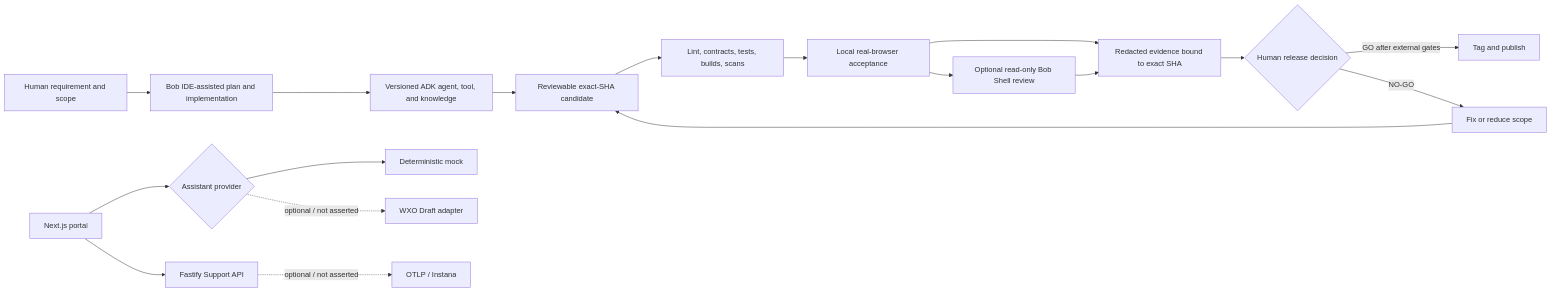
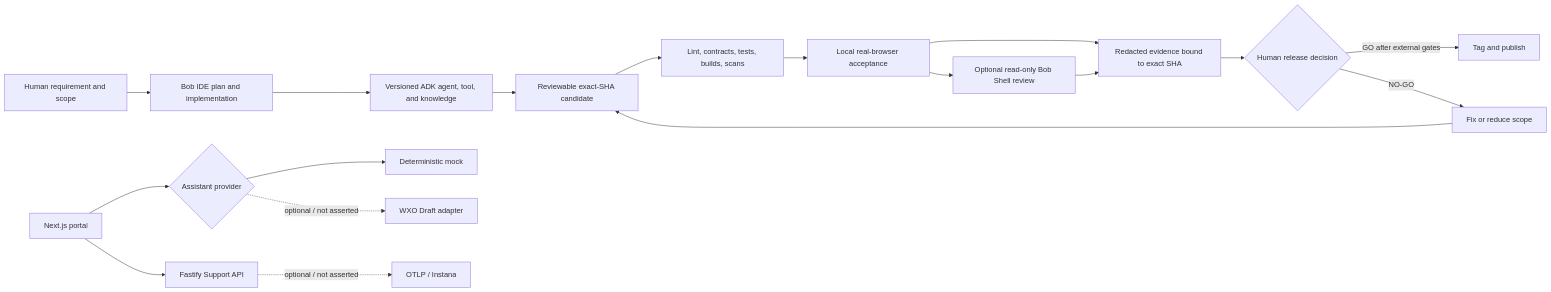
The diagram in README.md (AlexMlodawski/acme-agentic-sdlc-lab), drawn with Mermaid before and after one commit. The commit also changed other lines of this file and 20 other files, not shown here.

````diff
--- a/README.md
+++ b/README.md
@@ -190,21 +189,21 @@
 ```mermaid
 flowchart LR
-  Human[Human requirement and scope] --> BobIDE[Bob IDE-assisted plan and implementation]
+  Human[Human requirement and scope] --> BobIDE[Bob IDE plan and implementation]
   BobIDE --> ADK[Versioned ADK agent, tool, and knowledge]
   ADK --> Change[Reviewable exact-SHA candidate]
   Change --> Gates[Lint, contracts, tests, builds, scans]
   Gates --> Browser[Local real-browser acceptance]
   Browser --> BobShell[Optional read-only Bob Shell review]
   Browser --> Evidence[Redacted evidence bound to exact SHA]
   BobShell --> Evidence
   Evidence --> Decision{Human release decision}
   Decision -->|GO after external gates| Release[Tag and publish]
   Decision -->|NO-GO| Fix[Fix or reduce scope]
   Fix --> Change
 
   Portal[Next.js portal] --> Provider{Assistant provider}
   Provider --> Stub[Deterministic mock]
   Provider -. optional / not asserted .-> WXO[WXO Draft adapter]
   Portal --> API[Fastify Support API]
   API -. optional / not asserted .-> OTel[OTLP / Instana]
 ```
````
